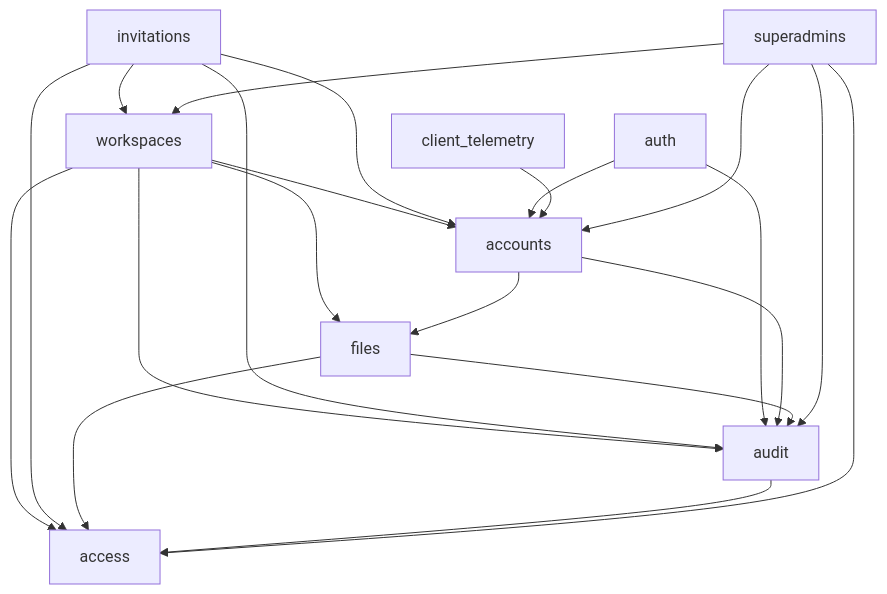
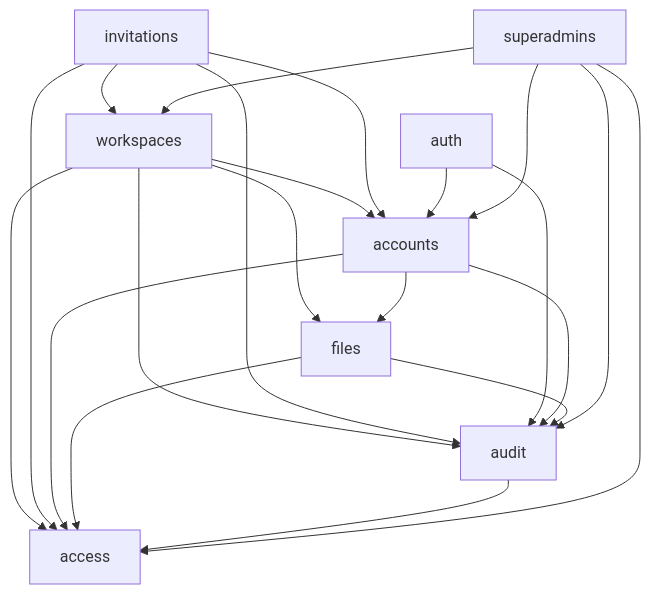
One commit to Grebyn35/AntWorker-API-Rust changed the second of 3 diagrams in docs/architecture.md. Above: the diagram before and after it, drawn with Mermaid. The commit also changed other lines of this file and 52 other files, not shown here.

````diff
--- a/docs/architecture.md
+++ b/docs/architecture.md
@@ -167,19 +167,18 @@
 ```mermaid
 flowchart TD
   workspaces --> access & accounts & audit
   %% part: files
   workspaces --> files
   %% end part: files
   %% part: invitations
   invitations --> access & accounts & workspaces & audit
   %% end part: invitations
   auth --> accounts & audit
-  accounts --> audit
+  accounts --> access & audit
   %% part: files
   accounts --> files
   files --> access & audit
   %% end part: files
   audit --> access
-  client_telemetry --> accounts
   superadmins --> workspaces & access & accounts & audit
 ```
````
